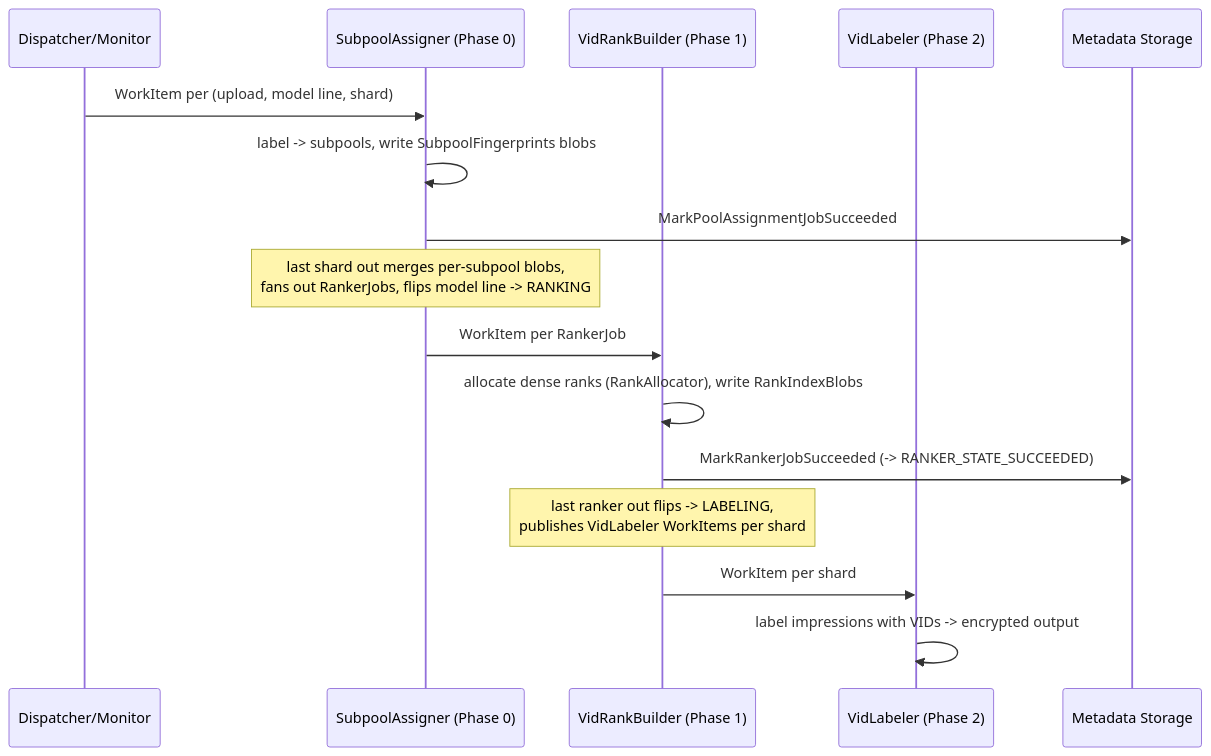
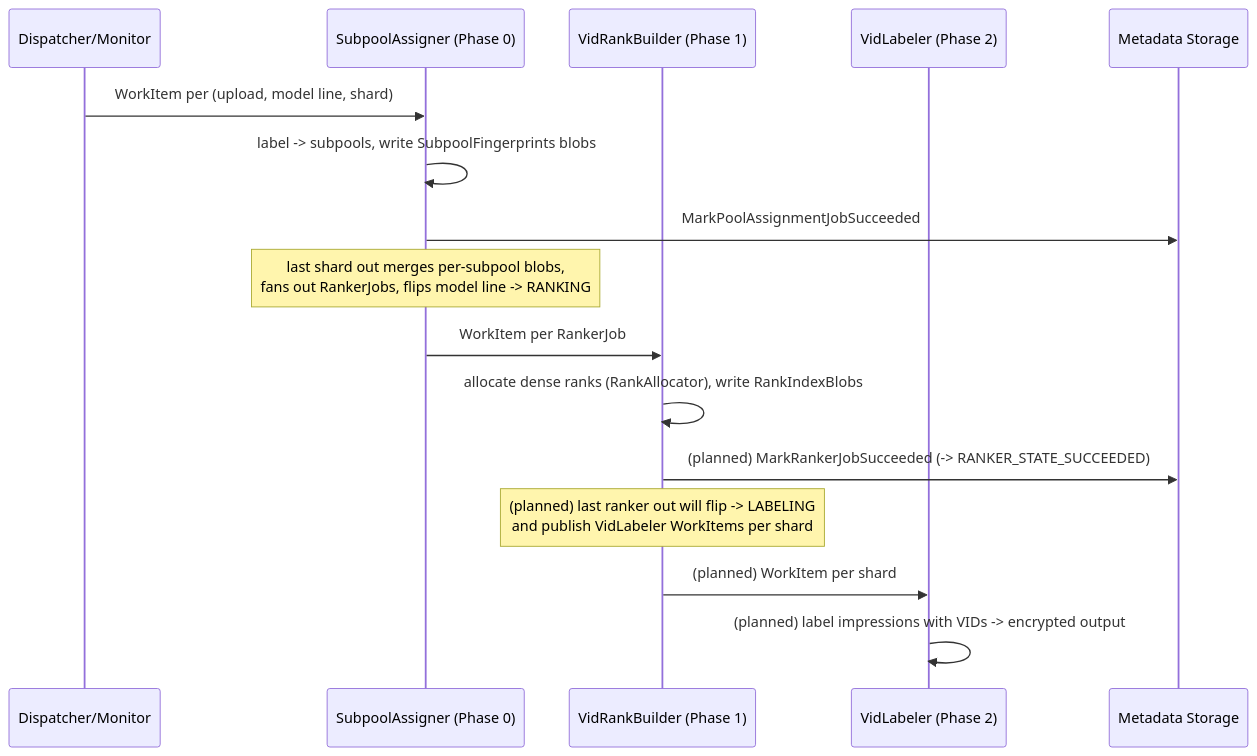
The third of 3 diagrams in docs/architecture/components/edpaggregator.md (world-federation-of-advertisers/cross-media-measurement), drawn with Mermaid before and after one commit. The commit also changed other lines of this file and 16 other files, not shown here.

````diff
--- a/docs/architecture/components/edpaggregator.md
+++ b/docs/architecture/components/edpaggregator.md
@@ -390,19 +404,19 @@
 ```mermaid
 sequenceDiagram
   participant Disp as Dispatcher/Monitor
   participant SA as SubpoolAssigner (Phase 0)
   participant RB as VidRankBuilder (Phase 1)
   participant VL as VidLabeler (Phase 2)
   participant MS as Metadata Storage
 
   Disp->>SA: WorkItem per (upload, model line, shard)
   SA->>SA: label -> subpools, write SubpoolFingerprints blobs
   SA->>MS: MarkPoolAssignmentJobSucceeded
   Note over SA: last shard out merges per-subpool blobs,<br/>fans out RankerJobs, flips model line -> RANKING
   SA->>RB: WorkItem per RankerJob
   RB->>RB: allocate dense ranks (RankAllocator), write RankIndexBlobs
-  RB->>MS: MarkRankerJobSucceeded (-> RANKER_STATE_SUCCEEDED)
-  Note over RB: last ranker out flips -> LABELING,<br/>publishes VidLabeler WorkItems per shard
-  RB->>VL: WorkItem per shard
-  VL->>VL: label impressions with VIDs -> encrypted output
+  RB->>MS: (planned) MarkRankerJobSucceeded (-> RANKER_STATE_SUCCEEDED)
+  Note over RB: (planned) last ranker out will flip -> LABELING<br/>and publish VidLabeler WorkItems per shard
+  RB->>VL: (planned) WorkItem per shard
+  VL->>VL: (planned) label impressions with VIDs -> encrypted output
 ```
````
